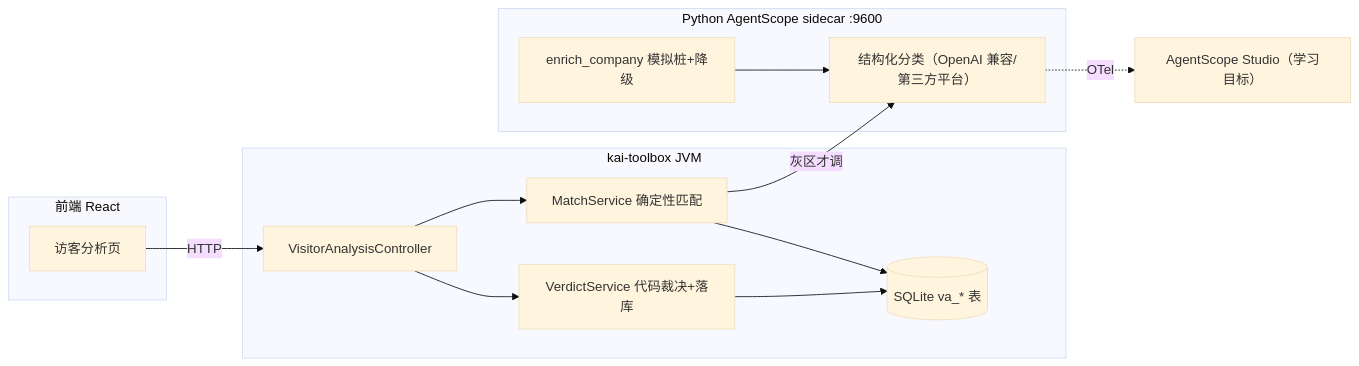
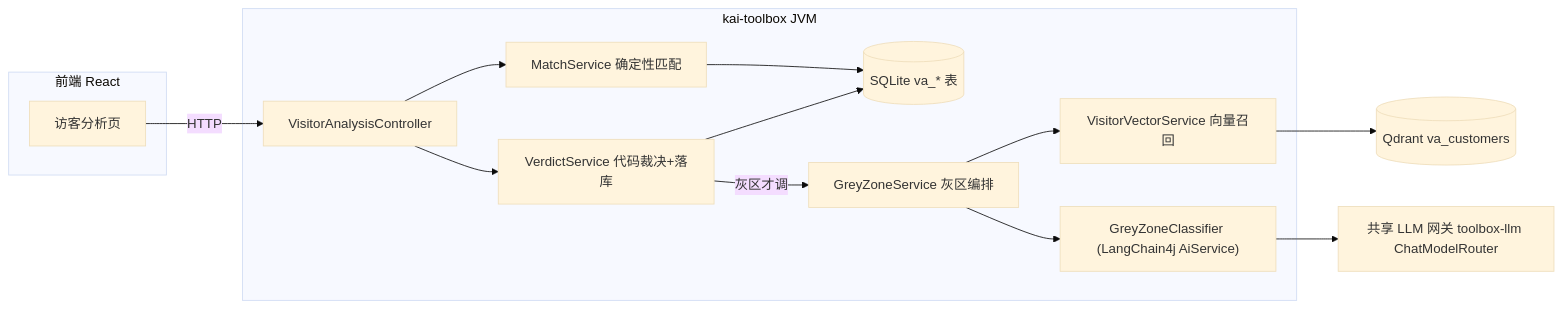
The diagram in docs/design/visitor-analysis.md (exception-coder/kai-toolbox), drawn with Mermaid (base theme) before and after one commit. The commit also changed other lines of this file and 16 other files, not shown here.

First line of the commit message:
refactor(visitor-analysis): 灰区分类从 AgentScope sidecar 迁回 Java（LangChain4j）

````diff
--- a/docs/design/visitor-analysis.md
+++ b/docs/design/visitor-analysis.md
@@ -26,23 +28,23 @@
 ```mermaid
 flowchart LR
     subgraph FE["前端 React"]
         UI["访客分析页"]
     end
     subgraph JAVA["kai-toolbox JVM"]
         API["VisitorAnalysisController"]
         MATCH["MatchService 确定性匹配"]
         ADJ["VerdictService 代码裁决+落库"]
+        GREY["GreyZoneService 灰区编排"]
+        CLS["GreyZoneClassifier (LangChain4j AiService)"]
+        VEC["VisitorVectorService 向量召回"]
         DB[("SQLite va_* 表")]
     end
-    subgraph PY["Python AgentScope sidecar :9600"]
-        ENR["enrich_company 模拟桩+降级"]
-        CLS["结构化分类（OpenAI 兼容/第三方平台）"]
-    end
-    STUDIO["AgentScope Studio（学习目标）"]
+    GW["共享 LLM 网关 toolbox-llm ChatModelRouter"]
+    QD[("Qdrant va_customers")]
 
     UI -->|HTTP| API --> MATCH --> DB
     API --> ADJ --> DB
-    MATCH -->|灰区才调| CLS
-    ENR --> CLS
-    CLS -.OTel.-> STUDIO
+    ADJ -->|灰区才调| GREY
+    GREY --> VEC --> QD
+    GREY --> CLS --> GW
 ```
````
